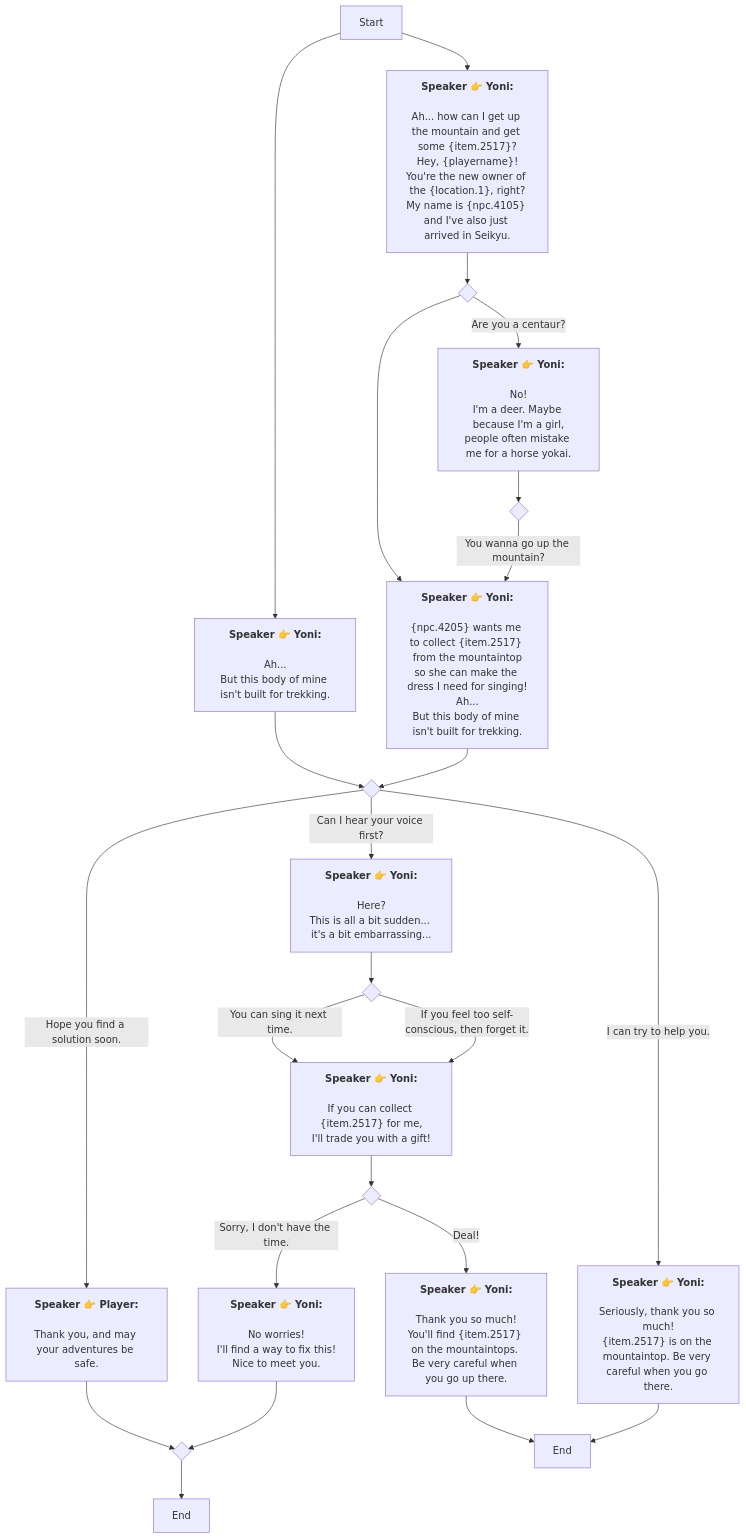
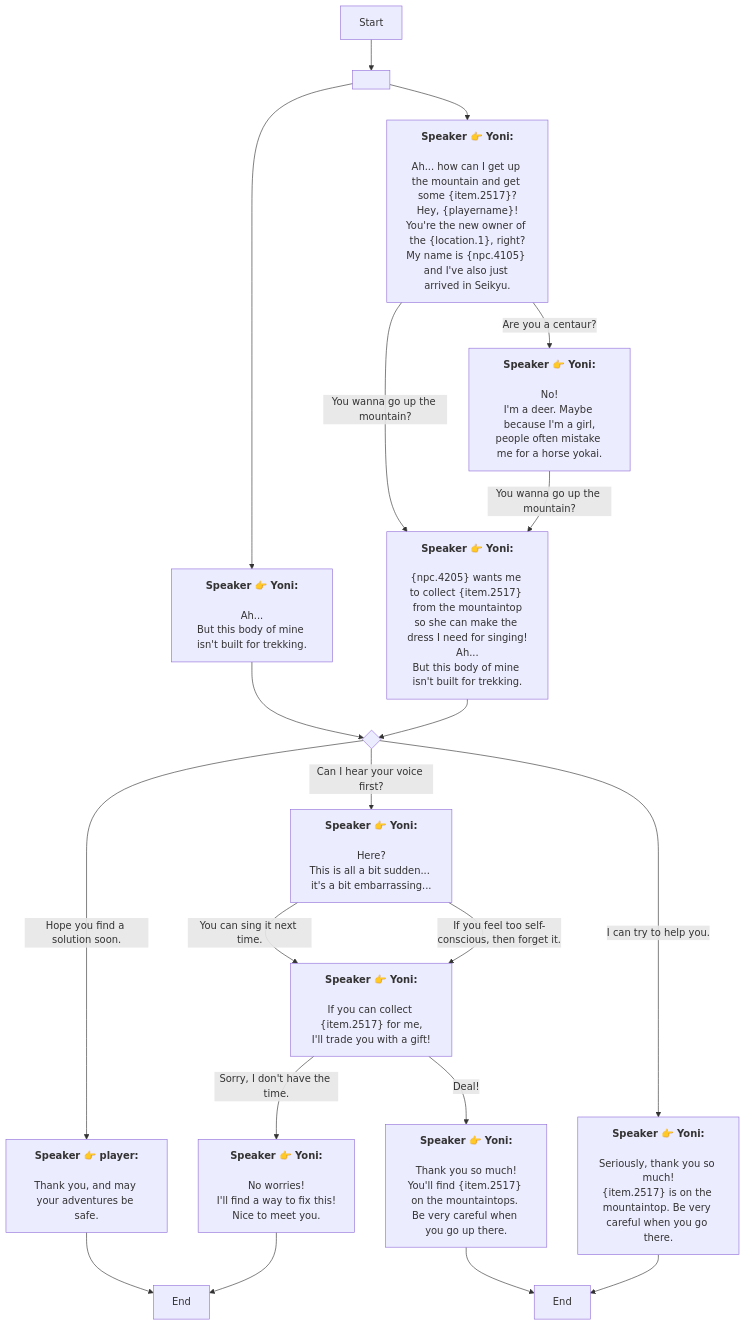
The diagram in En/QuestTalkStarterNode_1738285557884075.md (SoftHu/tos_avg), drawn with Mermaid before and after one commit. The commit also changed 737 other files, not shown here.

````diff
--- a/En/QuestTalkStarterNode_1738285557884075.md
+++ b/En/QuestTalkStarterNode_1738285557884075.md
@@ -1,71 +1,52 @@
 ```mermaid
 graph
-Start -->1738287908723935[<b>Speaker 👉 Yoni:</b>
-
-Ah...
+Start -->1738287834941662[ ]
+1738287834941662 -->1738287908723935[<b>Speaker 👉 Yoni:</b>
+\nAh...
 But this body of mine isn't built for trekking.]
-Start -->1738285999573172[<b>Speaker 👉 Yoni:</b>
-
-Ah... how can I get up the mountain and get some &lbrace;item.2517&rbrace;?
-Hey, &lbrace;playername&rbrace;!
+1738287834941662 -->1738285999573172[<b>Speaker 👉 Yoni:</b>
+\nAh... how can I get up the mountain and get some &lbrace;item.2517&rbrace;?\nHey, &lbrace;playername&rbrace;!
 You're the new owner of the &lbrace;location.1&rbrace;, right?
 My name is &lbrace;npc.4105&rbrace; and I've also just arrived in Seikyu.]
-1738287908723935 -->1738287181983936{ }
-1738287181983936 -->|Hope you find a solution soon.|1738287216834759[<b>Speaker 👉 Player:</b>
-
-Thank you, and may your adventures be safe.]
-1738287181983936 -->|Can I hear your voice first?|1738287283890381[<b>Speaker 👉 Yoni:</b>
-
-Here?
+1738287908723935 -->434571977180983{ }
+1738287216834759 -->1738288124658912[End]
+434571977180983 -->|Hope you find a solution soon.|1738287216834759[<b>Speaker 👉 player:</b>
+\nThank you, and may your adventures be safe.]
+434571977180983 -->|Can I hear your voice first?|1738287283890381[<b>Speaker 👉 Yoni:</b>
+\nHere?
 This is all a bit sudden... it's a bit embarrassing...]
-1738287181983936 -->|I can try to help you.|1738287397582039[<b>Speaker 👉 Yoni:</b>
-
-Seriously, thank you so much!
+434571977180983 -->|I can try to help you.|1738287397582039[<b>Speaker 👉 Yoni:</b>
+\nSeriously, thank you so much!
 &lbrace;item.2517&rbrace; is on the mountaintop. Be very careful when you go there.]
-1738287216834759 -->1738287721382109{ }
-1738287721382109 -->1738288124658912[End]
-1738287283890381 -->1738287315975374{ }
-1738287315975374 -->|You can sing it next time.|1738287339132115[<b>Speaker 👉 Yoni:</b>
-
-If you can collect &lbrace;item.2517&rbrace; for me,
+1738287283890381 -->|You can sing it next time.|1738287339132115[<b>Speaker 👉 Yoni:</b>
+\nIf you can collect &lbrace;item.2517&rbrace; for me,
 I'll trade you with a gift!]
-1738287315975374 -->|If you feel too self-conscious, then forget it.|1738287339132115[<b>Speaker 👉 Yoni:</b>
-
-If you can collect &lbrace;item.2517&rbrace; for me,
+1738287283890381 -->|If you feel too self-conscious, then forget it.|1738287339132115[<b>Speaker 👉 Yoni:</b>
+\nIf you can collect &lbrace;item.2517&rbrace; for me,
 I'll trade you with a gift!]
-1738287339132115 -->1738287369583828{ }
-1738287369583828 -->|Deal!|1738287491991770[<b>Speaker 👉 Yoni:</b>
-
-Thank you so much!
+1738287339132115 -->|Deal!|1738287491991770[<b>Speaker 👉 Yoni:</b>
+\nThank you so much!
 You'll find &lbrace;item.2517&rbrace; on the mountaintops. 
 Be very careful when you go up there.]
-1738287369583828 -->|Sorry, I don't have the time.|1738287685928156[<b>Speaker 👉 Yoni:</b>
-
-No worries!
+1738287339132115 -->|Sorry, I don't have the time.|1738287685928156[<b>Speaker 👉 Yoni:</b>
+\nNo worries!
 I'll find a way to fix this!
 Nice to meet you.]
 1738287491991770 -->1738287669031131[End]
-1738287685928156 -->1738287721382109{ }
+1738287685928156 -->1738288124658912[End]
 1738287397582039 -->1738287669031131[End]
-1738285999573172 -->1738286318511285{ }
-1738286318511285 -->|Are you a centaur?|1738286345339066[<b>Speaker 👉 Yoni:</b>
-
-No!
+1738285999573172 -->|Are you a centaur?|1738286345339066[<b>Speaker 👉 Yoni:</b>
+\nNo!
 I'm a deer. Maybe because I'm a girl,
 people often mistake me for a horse yokai.]
-1738286318511285 -->1738286492721339[<b>Speaker 👉 Yoni:</b>
+1738285999573172 -->|You wanna go up the mountain?|1738286492721339[<b>Speaker 👉 Yoni:</b>
+\n&lbrace;npc.4205&rbrace; wants me to collect &lbrace;item.2517&rbrace; from the mountaintop
+so she can make the dress I need for singing!\nAh...
+But this body of mine isn't built for trekking.]
+1738286345339066 -->|You wanna go up the mountain?|1738286492721339[<b>Speaker 👉 Yoni:</b>
+\n&lbrace;npc.4205&rbrace; wants me to collect &lbrace;item.2517&rbrace; from the mountaintop
+so she can make the dress I need for singing!\nAh...
+But this body of mine isn't built for trekking.]
+1738286492721339 -->434571977180983{ }
 
-&lbrace;npc.4205&rbrace; wants me to collect &lbrace;item.2517&rbrace; from the mountaintop
-so she can make the dress I need for singing!
-Ah...
-But this body of mine isn't built for trekking.]
-1738286345339066 -->1738287256420556{ }
-1738287256420556 -->|You wanna go up the mountain?|1738286492721339[<b>Speaker 👉 Yoni:</b>
-
-&lbrace;npc.4205&rbrace; wants me to collect &lbrace;item.2517&rbrace; from the mountaintop
-so she can make the dress I need for singing!
-Ah...
-But this body of mine isn't built for trekking.]
-1738286492721339 -->1738287181983936{ }
-
- ```
+```
````
